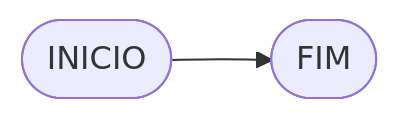
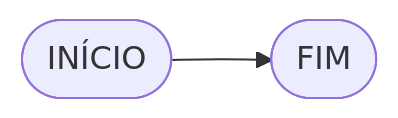
Before and after one commit to Carlos-Eduardo-Freitas/JavaScript-C-JAVA-Python: the third of 8 diagrams in JavaScript/Aula 1: Variáveis/aula1.md, drawn with Mermaid. The commit also changed other lines of this file, not shown here.

````diff
--- a/JavaScript/Aula 1: Variáveis/aula1.md
+++ b/JavaScript/Aula 1: Variáveis/aula1.md
@@ -137,4 +149,4 @@
 ```mermaid
 flowchart LR
-A([INICIO]) --> B([FIM])
+A([INÍCIO]) --> B([FIM])
 ```
````
